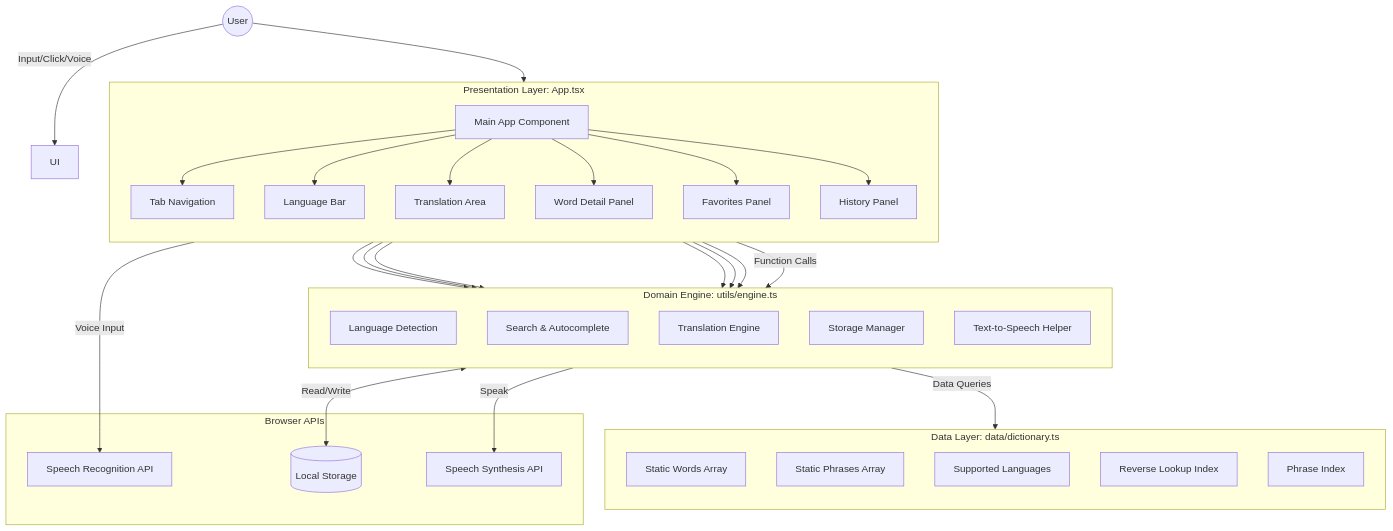
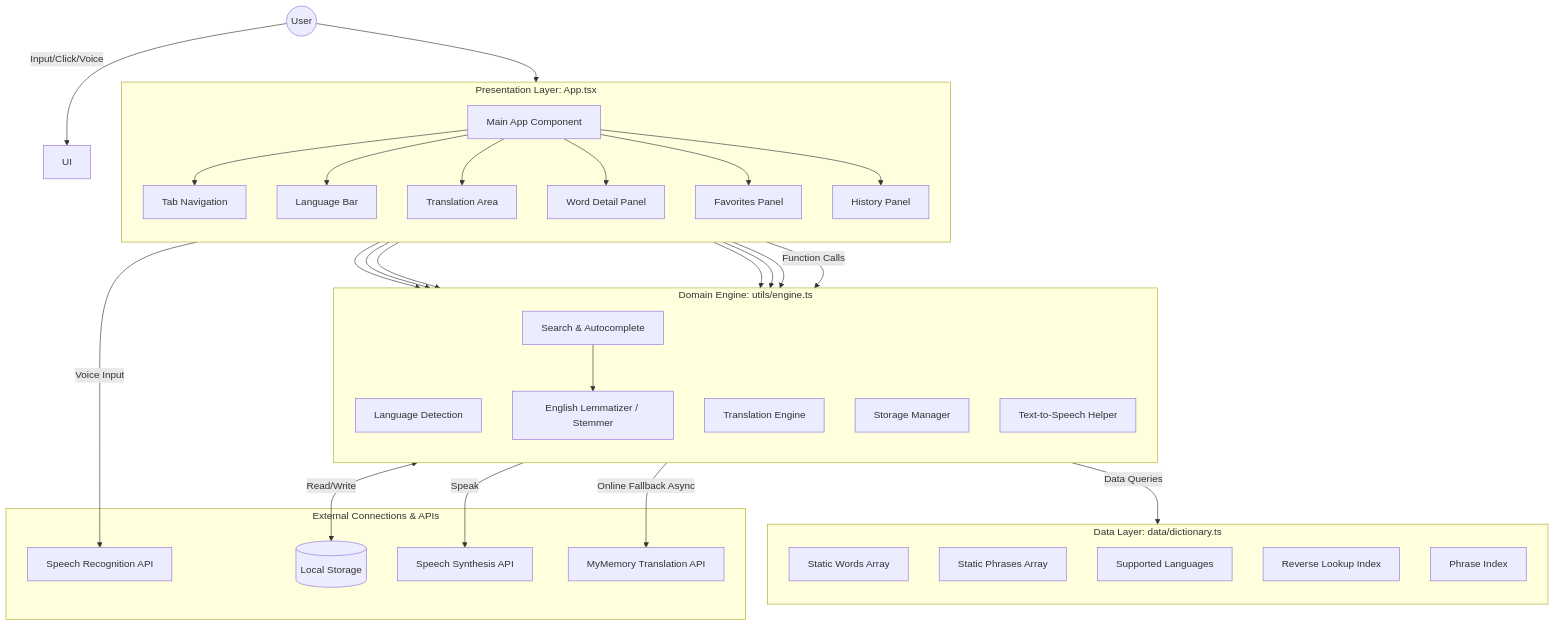
Before and after one commit to 4xrhd/keya_swe_project: the diagram in documentation/8.System_Architecture.md, drawn with Mermaid. The commit also changed other lines of this file and 8 other files, not shown here.

Commit message:
feat: implement hybrid translation engine with online API fallback and update project documentation

````diff
--- a/documentation/8.System_Architecture.md
+++ b/documentation/8.System_Architecture.md
@@ -5,69 +5,73 @@
 ```mermaid
 flowchart TD
     %% User Interaction
     U((User)) --> |Input/Click/Voice| UI
     
     %% Presentation Layer
     subgraph UI_Layer [Presentation Layer: App.tsx]
         direction TB
         Main[Main App Component]
         Nav[Tab Navigation]
         Lang[Language Bar]
         Trans[Translation Area]
         Detail[Word Detail Panel]
         FavP[Favorites Panel]
         HistP[History Panel]
     end
     
     %% Service/Domain Layer
     subgraph Engine [Domain Engine: utils/engine.ts]
         direction TB
         Detect[Language Detection]
         Search[Search & Autocomplete]
+        Stem[English Lemmatizer / Stemmer]
         Translate[Translation Engine]
         Storage[Storage Manager]
         TTS_Engine[Text-to-Speech Helper]
     end
     
     %% Data Layer
     subgraph Data [Data Layer: data/dictionary.ts]
         direction TB
         Words[Static Words Array]
         Phrases[Static Phrases Array]
         Langs[Supported Languages]
         Idx1[Reverse Lookup Index]
         Idx2[Phrase Index]
     end
     
-    %% External/Browser APIs
-    subgraph Browser_APIs [Browser APIs]
+    %% External/Browser/Internet APIs
+    subgraph External [External Connections & APIs]
         LS[(Local Storage)]
         SR[Speech Recognition API]
         TTS[Speech Synthesis API]
+        API[MyMemory Translation API]
     end
     
     %% Core Connections
     U --> UI_Layer
     UI_Layer --> |Function Calls| Engine
     Engine --> |Data Queries| Data
     
     %% Specific Browser API connections
     Storage <--> |Read/Write| LS
     Trans --> |Voice Input| SR
     TTS_Engine --> |Speak| TTS
+    Translate --> |Online Fallback Async| API
     
     %% Component interactions
     Main --> Nav
     Main --> Lang
     Main --> Trans
     Main --> Detail
     Main --> FavP
     Main --> HistP
     
     Trans --> Detect
     Trans --> Translate
     Trans --> Search
+    Search --> Stem
     Detail --> TTS_Engine
     FavP --> Storage
     HistP --> Storage
 ```
````
